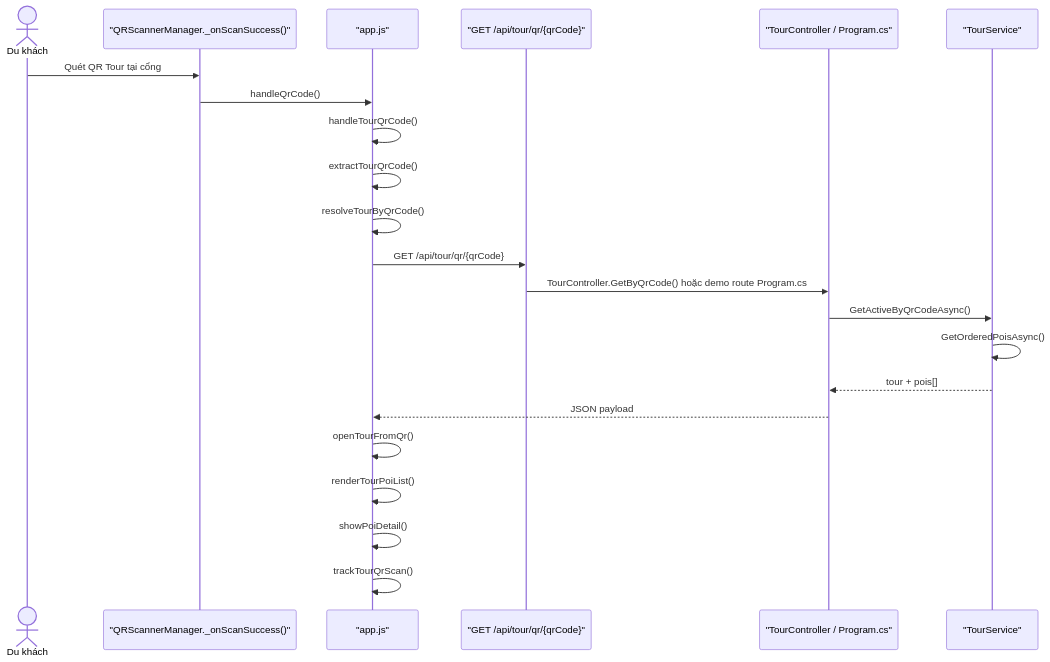
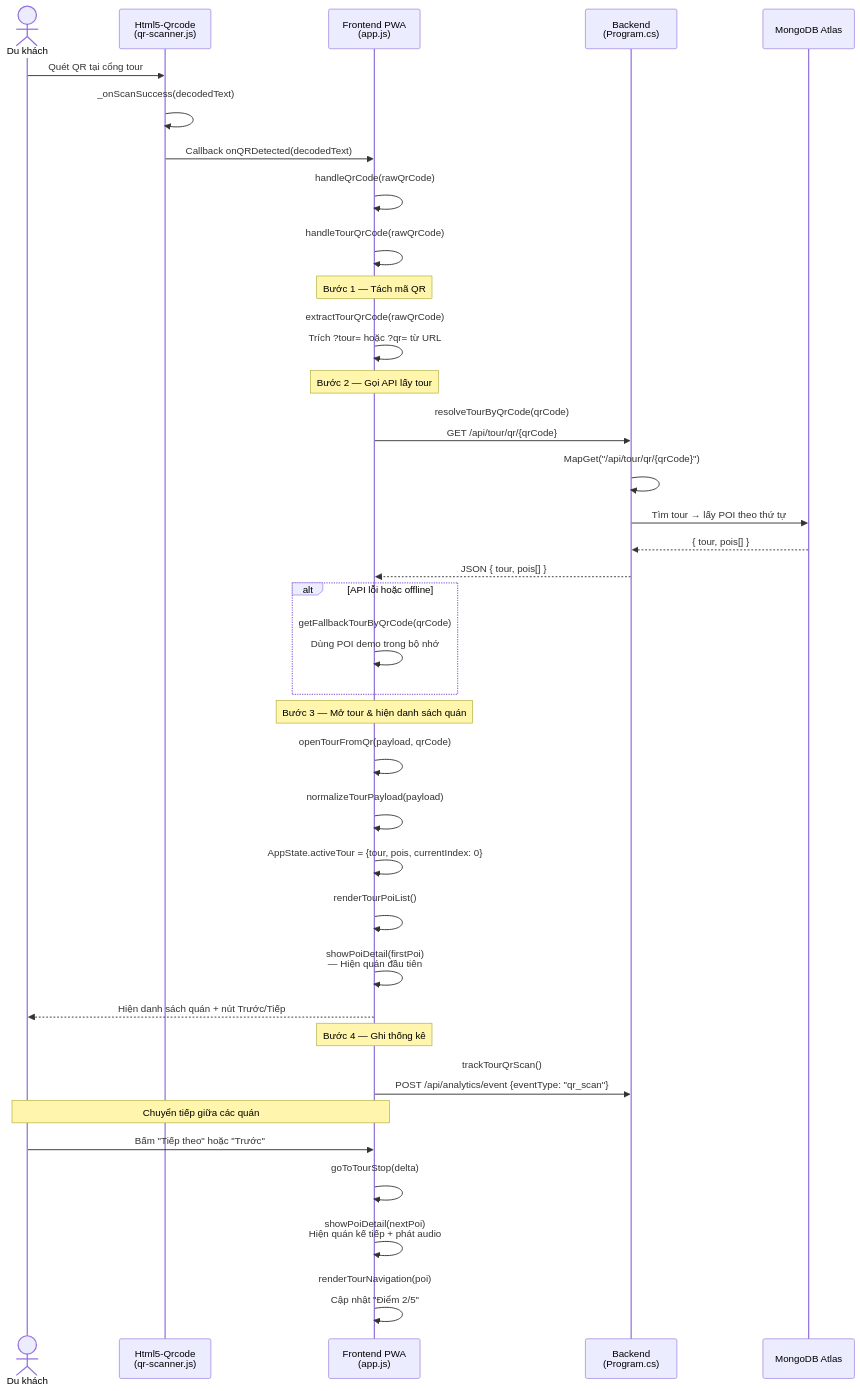
The second of 8 diagrams in PRD_VinhKhanh_Final2.md (Hzyl/CShape), drawn with Mermaid before and after one commit. The commit also changed other lines of this file and 205 other files, not shown here.

````diff
--- a/PRD_VinhKhanh_Final2.md
+++ b/PRD_VinhKhanh_Final2.md
@@ -255,25 +181,46 @@
 ```mermaid
 sequenceDiagram
     actor User as Du khách
-    participant Scanner as "QRScannerManager._onScanSuccess()"
-    participant App as "app.js"
-    participant API as "GET /api/tour/qr/{qrCode}"
-    participant Backend as "TourController / Program.cs"
-    participant Service as "TourService"
+    participant Scanner as Html5-Qrcode<br/>(qr-scanner.js)
+    participant App as Frontend PWA<br/>(app.js)
+    participant API as Backend<br/>(Program.cs)
+    participant DB as MongoDB Atlas
 
-    User->>Scanner: Quét QR Tour tại cổng
-    Scanner->>App: handleQrCode()
-    App->>App: handleTourQrCode()
-    App->>App: extractTourQrCode()
-    App->>App: resolveTourByQrCode()
-    App->>API: GET /api/tour/qr/{qrCode}
-    API->>Backend: TourController.GetByQrCode() hoặc demo route Program.cs
-    Backend->>Service: GetActiveByQrCodeAsync()
-    Service->>Service: GetOrderedPoisAsync()
-    Service-->>Backend: tour + pois[]
-    Backend-->>App: JSON payload
-    App->>App: openTourFromQr()
-    App->>App: renderTourPoiList()
-    App->>App: showPoiDetail()
-    App->>App: trackTourQrScan()
+    User->>Scanner: Quét QR tại cổng tour
+    Scanner->>Scanner: _onScanSuccess(decodedText)<br/>
+    Scanner->>App: Callback onQRDetected(decodedText)
+
+    App->>App: handleQrCode(rawQrCode)<br/>
+    App->>App: handleTourQrCode(rawQrCode)<br/>
+
+    Note over App: Bước 1 — Tách mã QR
+    App->>App: extractTourQrCode(rawQrCode)<br/><br/>Trích ?tour= hoặc ?qr= từ URL
+
+    Note over App: Bước 2 — Gọi API lấy tour
+    App->>API: resolveTourByQrCode(qrCode)<br/><br/>GET /api/tour/qr/{qrCode}
+    API->>API: MapGet("/api/tour/qr/{qrCode}")<br/>
+    API->>DB: Tìm tour → lấy POI theo thứ tự
+    DB-->>API: { tour, pois[] }
+    API-->>App: JSON { tour, pois[] }
+
+    alt API lỗi hoặc offline
+        App->>App: getFallbackTourByQrCode(qrCode)<br/><br/>Dùng POI demo trong bộ nhớ
+    end
+
+    Note over App: Bước 3 — Mở tour & hiện danh sách quán
+    App->>App: openTourFromQr(payload, qrCode)<br/>
+    App->>App: normalizeTourPayload(payload)<br/>
+    App->>App: AppState.activeTour = {tour, pois, currentIndex: 0}
+    App->>App: renderTourPoiList()<br/>
+    App->>App: showPoiDetail(firstPoi)<br/>— Hiện quán đầu tiên
+    App-->>User: Hiện danh sách quán + nút Trước/Tiếp
+
+    Note over App: Bước 4 — Ghi thống kê
+    App->>API: trackTourQrScan()<br/><br/>POST /api/analytics/event {eventType: "qr_scan"}
+
+    Note over User,App: Chuyển tiếp giữa các quán
+    User->>App: Bấm "Tiếp theo" hoặc "Trước"
+    App->>App: goToTourStop(delta)<br/>
+    App->>App: showPoiDetail(nextPoi)<br/>Hiện quán kế tiếp + phát audio
+    App->>App: renderTourNavigation(poi)<br/><br/>Cập nhật "Điểm 2/5"
 ```
````
